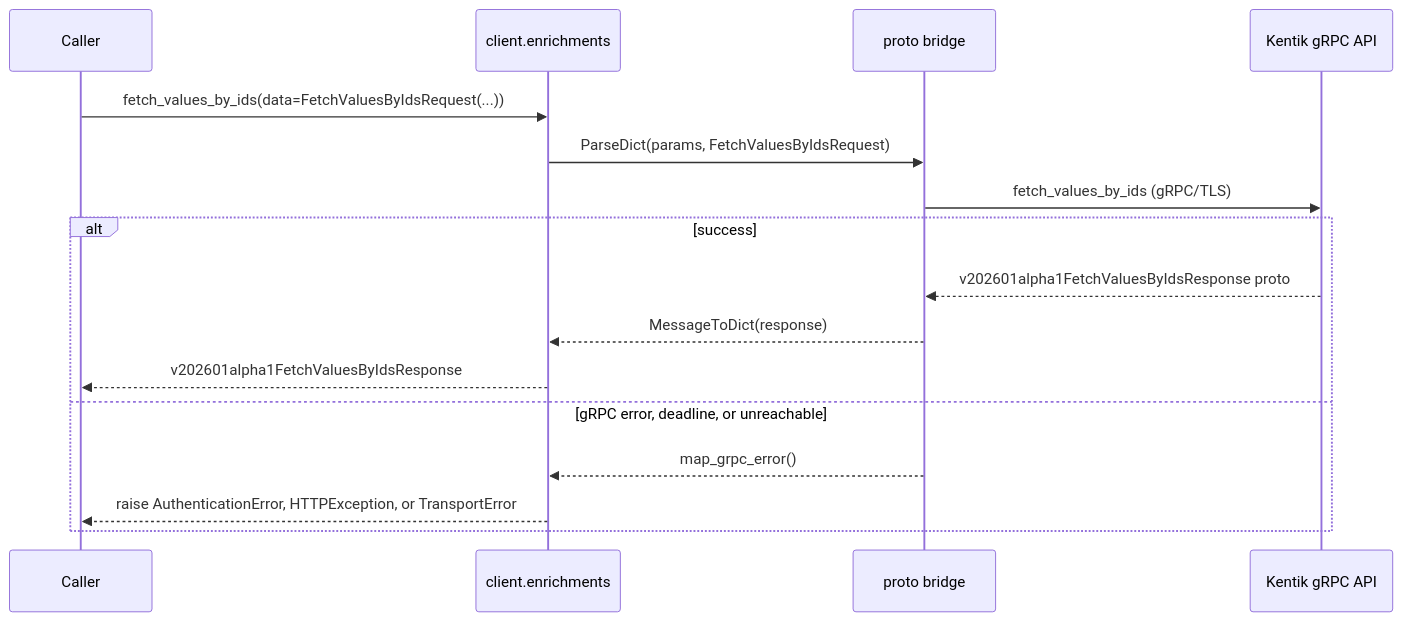
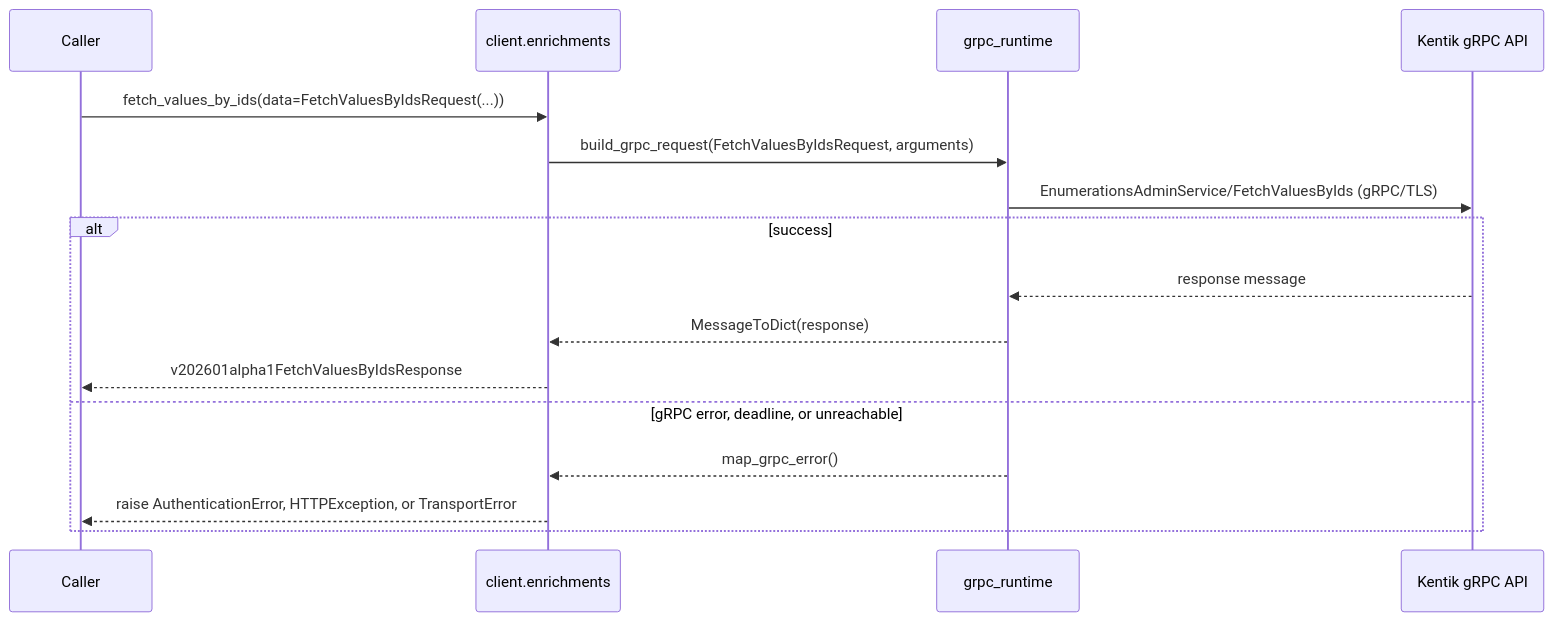
Before and after one commit to alexdearaujo/community_sdk_python: the third of 4 diagrams in docs/sphinx/services/enrichments.md, drawn with Mermaid. The commit also changed 37 other files, not shown here.

First line of the commit message:
docs: show the real RPC in each service page's gRPC diagram

````diff
--- a/docs/sphinx/services/enrichments.md
+++ b/docs/sphinx/services/enrichments.md
@@ -59,19 +59,19 @@
 ```mermaid
 sequenceDiagram
     participant C as Caller
     participant W as client.enrichments
-    participant B as proto bridge
+    participant R as grpc_runtime
     participant API as Kentik gRPC API
 
     C->>W: fetch_values_by_ids(data=FetchValuesByIdsRequest(...))
-    W->>B: ParseDict(params, FetchValuesByIdsRequest)
-    B->>API: fetch_values_by_ids (gRPC/TLS)
+    W->>R: build_grpc_request(FetchValuesByIdsRequest, arguments)
+    R->>API: EnumerationsAdminService/FetchValuesByIds (gRPC/TLS)
     alt success
-        API-->>B: v202601alpha1FetchValuesByIdsResponse proto
-        B-->>W: MessageToDict(response)
+        API-->>R: response message
+        R-->>W: MessageToDict(response)
         W-->>C: v202601alpha1FetchValuesByIdsResponse
     else gRPC error, deadline, or unreachable
-        B-->>W: map_grpc_error()
+        R-->>W: map_grpc_error()
         W-->>C: raise AuthenticationError, HTTPException, or TransportError
     end
 ```
````
